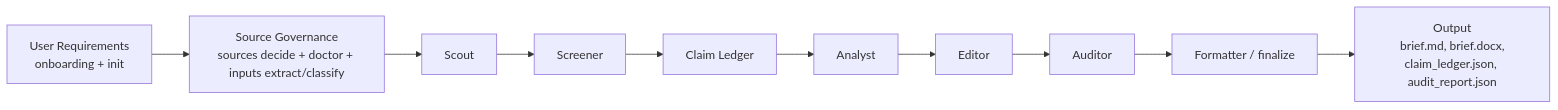
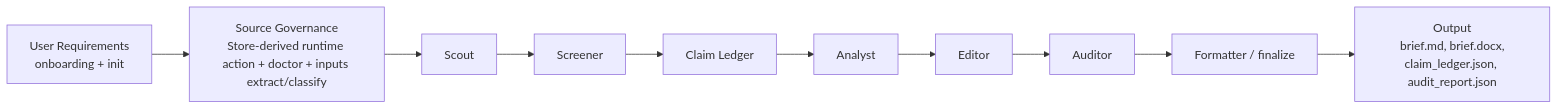
One commit to Stahl-G/briefloop changed the diagram in docs/architecture.md. Above: the diagram before and after it, drawn with Mermaid. The commit also changed 39 other files, not shown here.

````diff
--- a/docs/architecture.md
+++ b/docs/architecture.md
@@ -7,12 +7,12 @@
 ```mermaid
 flowchart LR
-  A["User Requirements<br/>onboarding + init"] --> B["Source Governance<br/>sources decide + doctor + inputs extract/classify"]
+  A["User Requirements<br/>onboarding + init"] --> B["Source Governance<br/>Store-derived runtime action + doctor + inputs extract/classify"]
   B --> C["Scout"]
   C --> D["Screener"]
   D --> E["Claim Ledger"]
   E --> F["Analyst"]
   F --> G["Editor"]
   G --> H["Auditor"]
   H --> I["Formatter / finalize"]
   I --> J["Output<br/>brief.md, brief.docx,<br/>claim_ledger.json, audit_report.json"]
 ```
````
